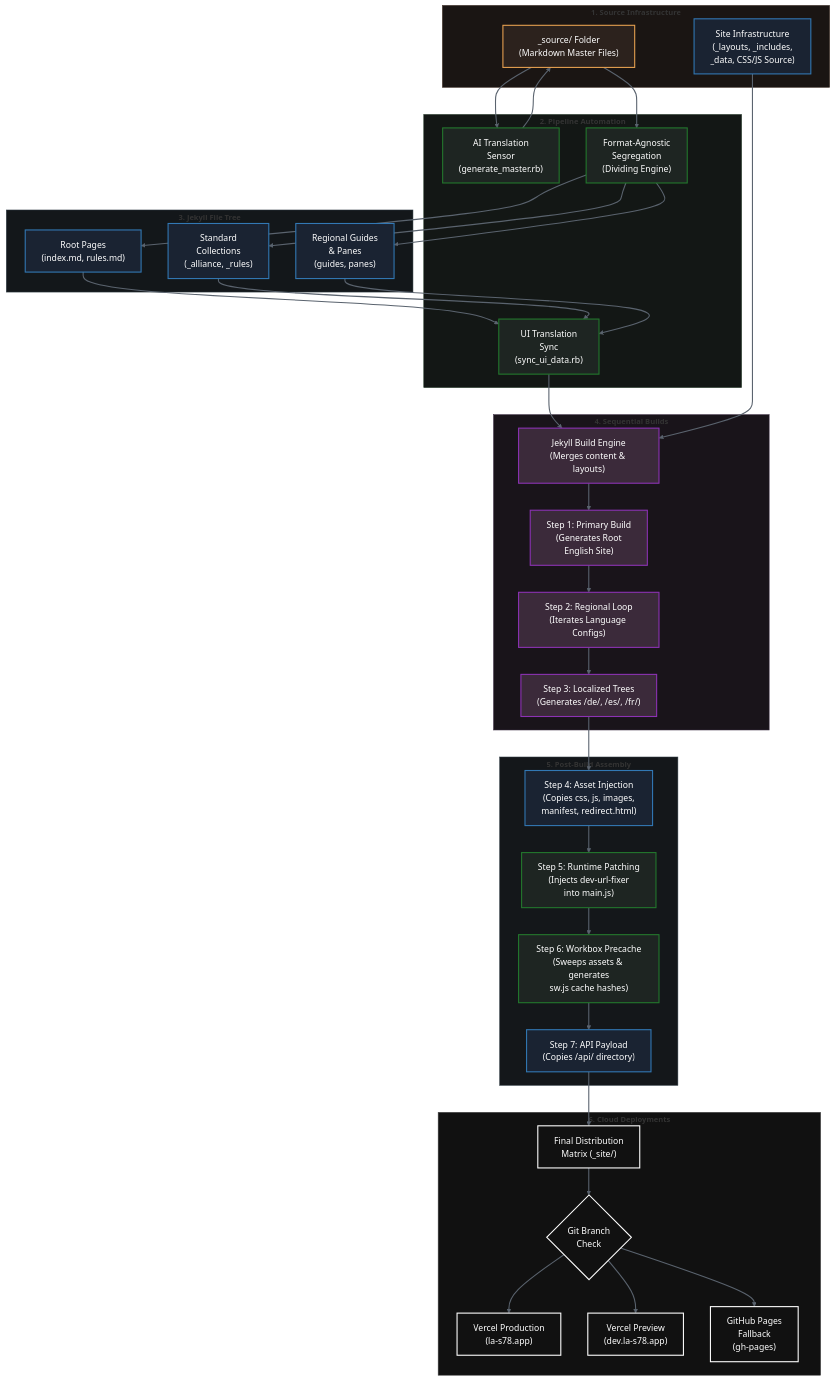
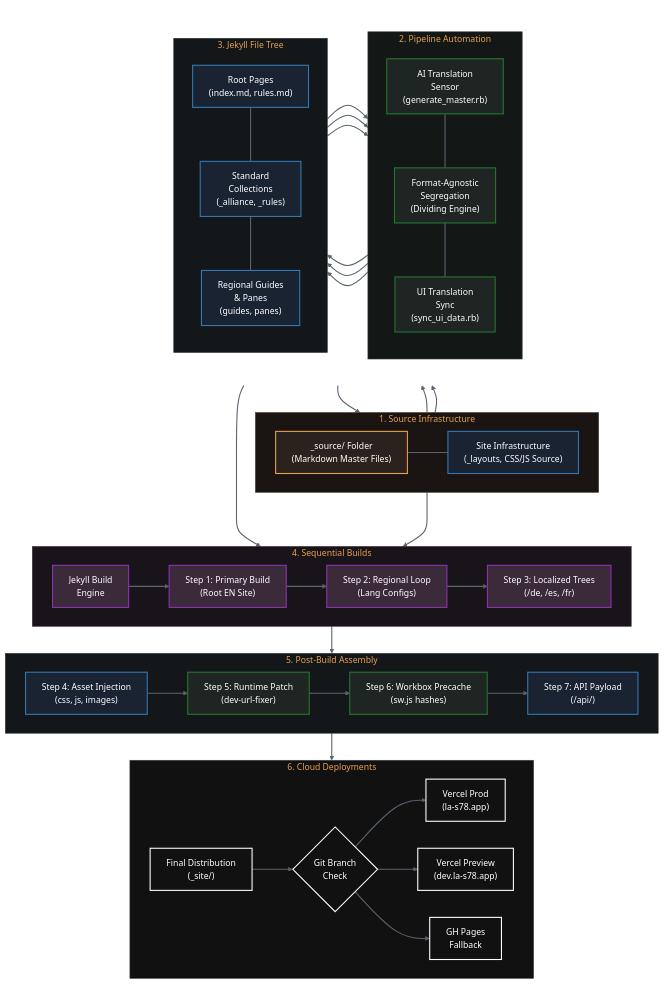
Before and after one commit to LA-S78/la-s78.github.io: the diagram in test/architecture.md, drawn with Mermaid (forest theme). The commit also changed other lines of this file and 1 other file, not shown here.

Commit message:
local mermaid.js + layout improvements

```diff
--- a/test/architecture.md
+++ b/test/architecture.md
@@ -11,86 +11,114 @@
   <pre class="mermaid" style="background-color: transparent; border: none;">
-graph TD
-    A1 --> B
-    B --> A1
-    A1 --> C
-    C --> E1
-    C --> E2
-    C --> E3
-    E1 --> D
-    E2 --> D
-    E3 --> D
-    D --> F
-    A2 --> F
-    F --> G
-    G --> H
-    H --> I
-    I --> J1
-    J1 --> J2
-    J2 --> J3
-    J3 --> J4
-    J4 --> K
-    K --> M
-    M --> N
-    M --> O
-    M --> P
-
-    subgraph Input_Phase ["<span style='color:#e6a050;font-weight:bold;font-size:14px;'>1. Source Infrastructure</span>"]
-        A1[" _source/ Folder<br>(Markdown Master Files) "]
-        A2[" Site Infrastructure<br>(_layouts, _includes,<br>_data, CSS/JS Source) "]
-    end
-
-    subgraph Script_Engine ["<span style='color:#e6a050;font-weight:bold;font-size:14px;'>2. Pipeline Automation</span>"]
-        B[" AI Translation<br>Sensor<br>(generate_master.rb) "]
-        C[" Format-Agnostic<br>Segregation<br>(Dividing Engine) "]
-        D[" UI Translation<br>Sync<br>(sync_ui_data.rb) "]
-    end
-
-    subgraph Asset_Tree ["<span style='color:#e6a050;font-weight:bold;font-size:14px;'>3. Jekyll File Tree</span>"]
-        E1[" Root Pages<br>(index.md, rules.md) "]
-        E2[" Standard<br>Collections<br>(_alliance, _rules) "]
-        E3[" Regional Guides<br>& Panes<br>(guides, panes) "]
-    end
-
-    subgraph Compilation_Loop ["<span style='color:#e6a050;font-weight:bold;font-size:14px;'>4. Sequential Builds</span>"]
-        F[" Jekyll Build Engine<br>(Merges content & layouts) "]
-        G[" Step 1: Primary Build<br>(Generates Root<br>English Site) "]
-        H[" Step 2: Regional Loop<br>(Iterates Language Configs) "]
-        I[" Step 3: Localized Trees<br>(Generates /de/, /es/, /fr/) "]
-    end
-
-    subgraph Post_Processing ["<span style='color:#e6a050;font-weight:bold;font-size:14px;'>5. Post-Build Assembly</span>"]
-        J1[" Step 4: Asset Injection<br>(Copies css, js, images,<br>manifest, redirect.html) "]
-        J2[" Step 5: Runtime Patching<br>(Injects dev-url-fixer<br>into main.js) "]
-        J3[" Step 6: Workbox Precache<br>(Sweeps assets & generates<br>sw.js cache hashes) "]
-        J4[" Step 7: API Payload<br>(Copies /api/ directory) "]
-    end
-
-    subgraph Cloud_Hosting ["<span style='color:#e6a050;font-weight:bold;font-size:14px;'>6. Cloud Deployments</span>"]
-        K[" Final Distribution<br>Matrix (_site/) "]
-        M{" Git Branch<br>Check "}
-        N[" Vercel Production<br>(la-s78.app) "]
-        O[" Vercel Preview<br>(dev.la-s78.app) "]
-        P[" GitHub Pages<br>Fallback<br>(gh-pages) "]
-    end
-
+    graph TB
+    %% Master Styles
     classDef source fill:#2c221d,stroke:#e6a050,stroke-width:2px,color:#fff;
     classDef script fill:#1e2522,stroke:#23782d,stroke-width:2px,color:#fff;
     classDef jekyll fill:#3b2a3a,stroke:#8c32b4,stroke-width:2px,color:#fff;
     classDef asset fill:#1a2332,stroke:#3278b4,stroke-width:2px,color:#fff;
     classDef deploy fill:#111,stroke:#fff,stroke-width:2px,color:#fff;
 
-    class A1 source;
-    class A2,E1,E2,E3,J1,J4 asset;
-    class B,C,D,J2,J3 script;
-    class F,G,H,I jekyll;
-    class K,L,M,N,O,P deploy;
-
+    %% Subgraph Container & Gold Header Text Colors
     style Input_Phase fill:#1a1513,stroke:#4a3b32,stroke-width:1px,color:#e6a050;
     style Script_Engine fill:#131715,stroke:#2d4232,stroke-width:1px,color:#e6a050;
     style Asset_Tree fill:#13171a,stroke:#2d3a42,stroke-width:1px,color:#e6a050;
     style Compilation_Loop fill:#19141a,stroke:#3b2d42,stroke-width:1px,color:#e6a050;
     style Post_Processing fill:#14171a,stroke:#2d3a42,stroke-width:1px,color:#e6a050;
     style Cloud_Hosting fill:#111111,stroke:#444444,stroke-width:1px,color:#e6a050;
+    
+    %% Invisible Wrapper Style to force 2 & 3 side-by-side
+    style Core_Logic fill:none,stroke:none,color:transparent;
 
+    %% -----------------------------------------------------------
+    %% 1. Source (Top, Horizontal Layout)
+    subgraph Input_Phase [1. Source Infrastructure]
+        direction LR
+        A1[" _source/ Folder<br>(Markdown Master Files) "]
+        A2[" Site Infrastructure<br>(_layouts, CSS/JS Source) "]
+        
+        %% Invisible link to lock them horizontally
+        A1 ~~~ A2
+    end
+
+    %% -----------------------------------------------------------
+    %% 2 & 3. Wrapped in an invisible container for side-by-side columns
+    subgraph Core_Logic [" "]
+        direction LR
+        
+        subgraph Script_Engine [2. Pipeline Automation]
+            direction TB
+            B[" AI Translation<br>Sensor<br>(generate_master.rb) "]
+            C[" Format-Agnostic<br>Segregation<br>(Dividing Engine) "]
+            D[" UI Translation<br>Sync<br>(sync_ui_data.rb) "]
+            
+            %% Force strict vertical stacking inside this column
+            B ~~~ C ~~~ D
+        end
+
+        subgraph Asset_Tree [3. Jekyll File Tree]
+            direction TB
+            E1[" Root Pages<br>(index.md, rules.md) "]
+            E2[" Standard<br>Collections<br>(_alliance, _rules) "]
+            E3[" Regional Guides<br>& Panes<br>(guides, panes) "]
+            
+            %% Force strict vertical stacking inside this column
+            E1 ~~~ E2 ~~~ E3
+        end
+    end
+
+    %% -----------------------------------------------------------
+    %% 4. Compilation Loop (Bottom Row 1, Horizontal Layout)
+    subgraph Compilation_Loop [4. Sequential Builds]
+        direction LR
+        F[" Jekyll Build<br>Engine "] --> G[" Step 1: Primary Build<br>(Root EN Site) "] --> H[" Step 2: Regional Loop<br>(Lang Configs) "] --> I[" Step 3: Localized Trees<br>(/de, /es, /fr) "]
+    end
+
+    %% -----------------------------------------------------------
+    %% 5. Post Processing (Bottom Row 2, Horizontal Layout)
+    subgraph Post_Processing [5. Post-Build Assembly]
+        direction LR
+        J1[" Step 4: Asset Injection<br>(css, js, images) "] --> J2[" Step 5: Runtime Patch<br>(dev-url-fixer) "] --> J3[" Step 6: Workbox Precache<br>(sw.js hashes) "] --> J4[" Step 7: API Payload<br>(/api/) "]
+    end
+
+    %% -----------------------------------------------------------
+    %% 6. Cloud (Bottom Row 3, Horizontal Layout)
+    subgraph Cloud_Hosting [6. Cloud Deployments]
+        direction LR
+        K[" Final Distribution<br>(_site/) "] --> M{" Git Branch<br>Check "}
+        M --> N[" Vercel Prod<br>(la-s78.app) "]
+        M --> O[" Vercel Preview<br>(dev.la-s78.app) "]
+        M --> P[" GH Pages<br>Fallback "]
+    end
+
+    %% ===========================================================
+    %% Cross-Subgraph Data Flow Connections
+    
+    A1 --> B
+    B --> A1
+    A1 --> C
+
+    C --> E1
+    C --> E2
+    C --> E3
+
+    E1 --> D
+    E2 --> D
+    E3 --> D
+
+    %% A2 has an elongated arrow to bypass the middle rows cleanly
+    D --> F
+    A2 ---> F
+
+    I --> J1
+    J4 --> K
+
+    %% ===========================================================
+    %% Assign Node Classes
+    class A1 source;
+    class A2,E1,E2,E3,J1,J4 asset;
+    class B,C,D,J2,J3 script;
+    class F,G,H,I jekyll;
+    class K,M,N,O,P deploy;
+
+    %% Mute global arrows so the text stands out
     linkStyle default stroke:#5a636e,stroke-width:2px,fill:none;
   </pre>
```
